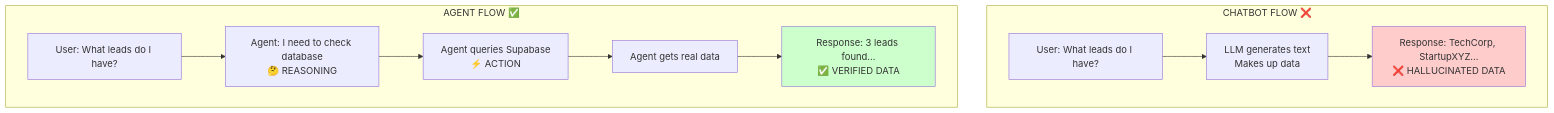
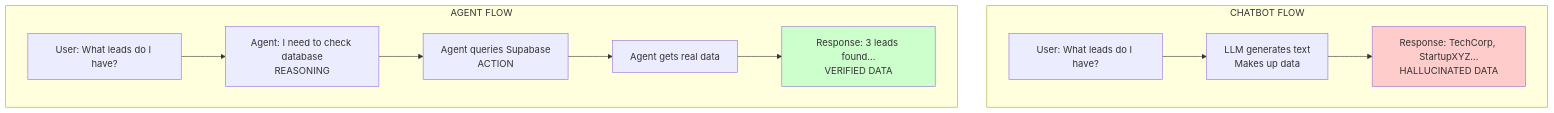
Before and after one commit to AliMehdii/Jedha-use-case: the first of 2 diagrams in Instructional-Design-Challenge/Day-01_From-Chatbot-to-Agent/00-Lectures/01-What-Is-An-Agent.md, drawn with Mermaid. The commit also changed other lines of this file and 9 other files, not shown here.

Commit message:
Refine instructional materials for AI agents: updated diagrams for chatbot vs. agent flows, improved state representation in exercises, and enhanced error handling visuals. Adjusted terminology for clarity and consistency across all lecture and exercise files.

````diff
--- a/Instructional-Design-Challenge/Day-01_From-Chatbot-to-Agent/00-Lectures/01-What-Is-An-Agent.md
+++ b/Instructional-Design-Challenge/Day-01_From-Chatbot-to-Agent/00-Lectures/01-What-Is-An-Agent.md
@@ -26,21 +26,21 @@
 ```mermaid
 graph TB
-    subgraph "CHATBOT FLOW ❌"
-        A1[User: What leads do I have?]
-        A2[LLM generates text<br/>Makes up data]
-        A3[Response: TechCorp, StartupXYZ...<br/>❌ HALLUCINATED DATA]
+    subgraph Chatbot["CHATBOT FLOW"]
+        A1["User: What leads do I have?"]
+        A2["LLM generates text<br/>Makes up data"]
+        A3["Response: TechCorp, StartupXYZ...<br/>HALLUCINATED DATA"]
         A1 --> A2 --> A3
     end
     
-    subgraph "AGENT FLOW ✅"
-        B1[User: What leads do I have?]
-        B2[Agent: I need to check database<br/>🤔 REASONING]
-        B3[Agent queries Supabase<br/>⚡ ACTION]
-        B4[Agent gets real data]
-        B5[Response: 3 leads found...<br/>✅ VERIFIED DATA]
+    subgraph Agent["AGENT FLOW"]
+        B1["User: What leads do I have?"]
+        B2["Agent: I need to check database<br/>REASONING"]
+        B3["Agent queries Supabase<br/>ACTION"]
+        B4["Agent gets real data"]
+        B5["Response: 3 leads found...<br/>VERIFIED DATA"]
         B1 --> B2 --> B3 --> B4 --> B5
     end
     
     style A3 fill:#ffcccc
     style B5 fill:#ccffcc
 ```
````
